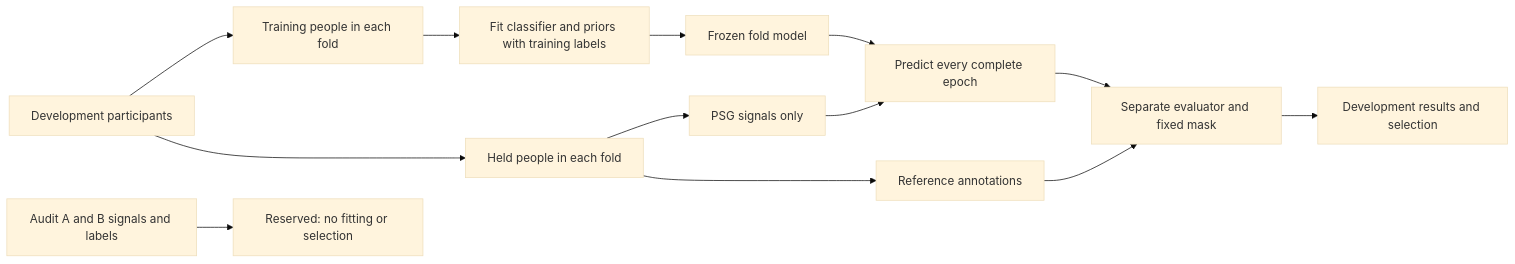
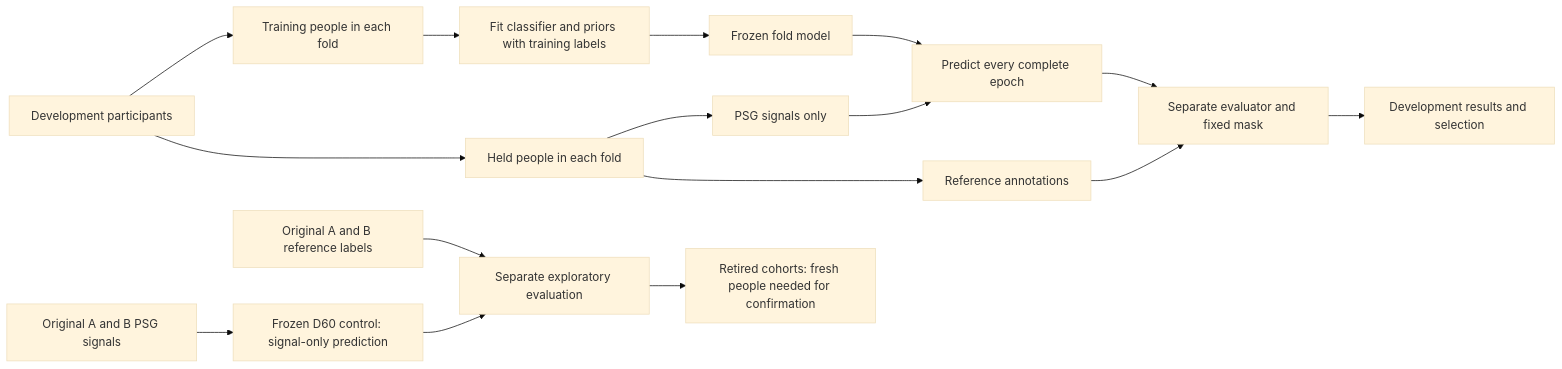
Before and after one commit to ladekarl1234-commits/physiosleep: the diagram in docs/PIPELINE.md, drawn with Mermaid (base theme). The commit also changed other lines of this file and 46 other files, not shown here.

````diff
--- a/docs/PIPELINE.md
+++ b/docs/PIPELINE.md
@@ -24,15 +24,18 @@
 ```mermaid
 flowchart LR
   D[Development participants] --> T[Training people in each fold]
   D --> V[Held people in each fold]
   T --> F[Fit classifier and priors with training labels]
   F --> M[Frozen fold model]
   V --> S[PSG signals only]
   S --> P[Predict every complete epoch]
   M --> P
   V --> H[Reference annotations]
   H --> E[Separate evaluator and fixed mask]
   P --> E
   E --> R[Development results and selection]
-  A[Audit A and B signals and labels] --> U[Reserved: no fitting or selection]
+  A[Original A and B PSG signals] --> AP[Frozen D60 control: signal-only prediction]
+  AP --> AE[Separate exploratory evaluation]
+  AT[Original A and B reference labels] --> AE
+  AE --> AR[Retired cohorts: fresh people needed for confirmation]
 ```
````
